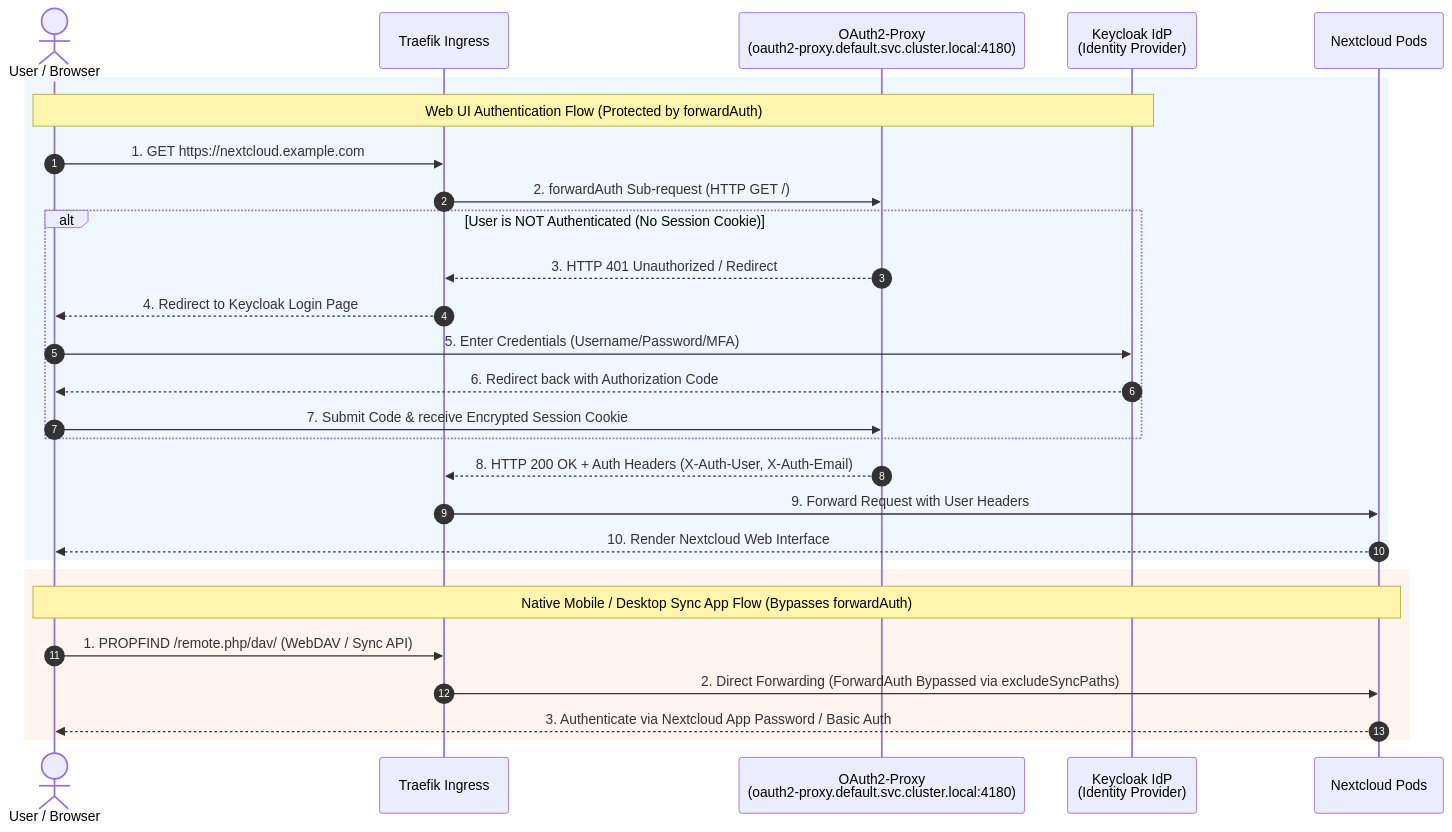
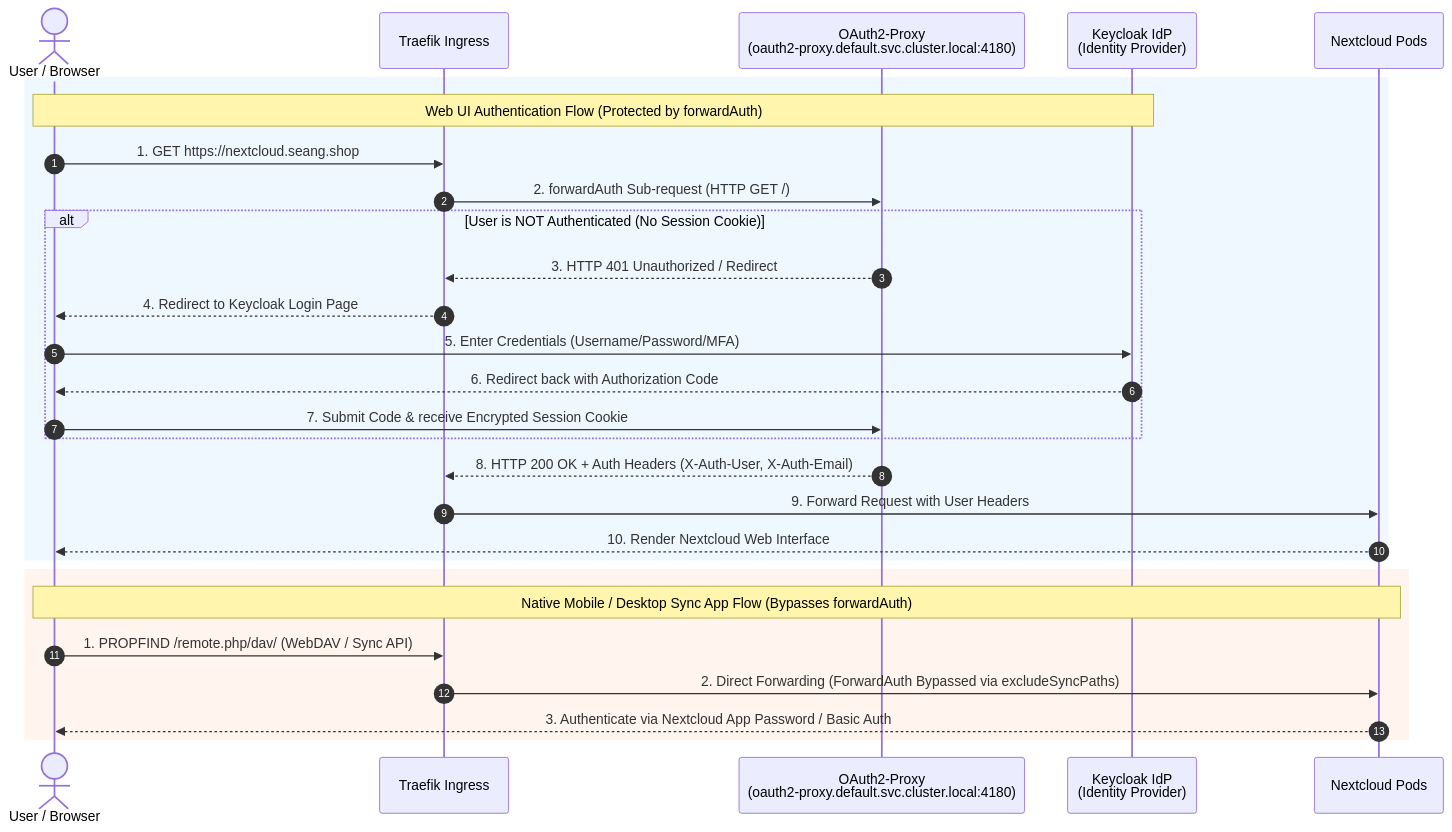
Before and after one commit to seang454/nextcloud-nfs-cluster: the diagram in nextcloud-deployment/AUTHENTICATION_ARCHITECTURE.md, drawn with Mermaid. The commit also changed other lines of this file and 5 other files, not shown here.

````diff
--- a/nextcloud-deployment/AUTHENTICATION_ARCHITECTURE.md
+++ b/nextcloud-deployment/AUTHENTICATION_ARCHITECTURE.md
@@ -19,34 +19,34 @@
 ```mermaid
 sequenceDiagram
     autonumber
     actor User as User / Browser
     participant Traefik as Traefik Ingress
     participant Proxy as OAuth2-Proxy<br/>(oauth2-proxy.default.svc.cluster.local:4180)
     participant Keycloak as Keycloak IdP<br/>(Identity Provider)
     participant NC as Nextcloud Pods
 
     rect rgb(240, 248, 255)
         note over User, Keycloak: Web UI Authentication Flow (Protected by forwardAuth)
-        User->>Traefik: 1. GET https://nextcloud.example.com
+        User->>Traefik: 1. GET https://nextcloud.seang.shop
         Traefik->>Proxy: 2. forwardAuth Sub-request (HTTP GET /)
         
         alt User is NOT Authenticated (No Session Cookie)
             Proxy-->>Traefik: 3. HTTP 401 Unauthorized / Redirect
             Traefik-->>User: 4. Redirect to Keycloak Login Page
             User->>Keycloak: 5. Enter Credentials (Username/Password/MFA)
             Keycloak-->>User: 6. Redirect back with Authorization Code
             User->>Proxy: 7. Submit Code & receive Encrypted Session Cookie
         end
 
         Proxy-->>Traefik: 8. HTTP 200 OK + Auth Headers (X-Auth-User, X-Auth-Email)
         Traefik->>NC: 9. Forward Request with User Headers
         NC-->>User: 10. Render Nextcloud Web Interface
     end
 
     rect rgb(255, 245, 238)
         note over User, NC: Native Mobile / Desktop Sync App Flow (Bypasses forwardAuth)
         User->>Traefik: 1. PROPFIND /remote.php/dav/ (WebDAV / Sync API)
         Traefik->>NC: 2. Direct Forwarding (ForwardAuth Bypassed via excludeSyncPaths)
         NC-->>User: 3. Authenticate via Nextcloud App Password / Basic Auth
     end
 ```
````
